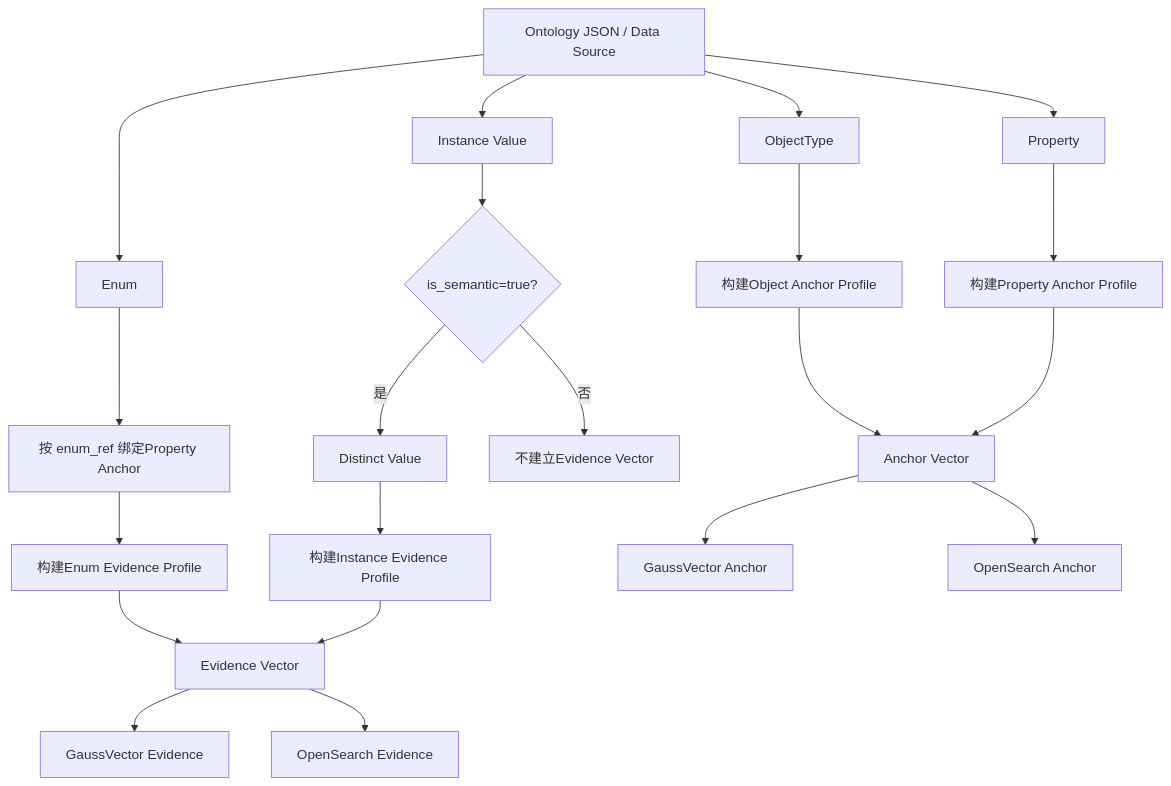
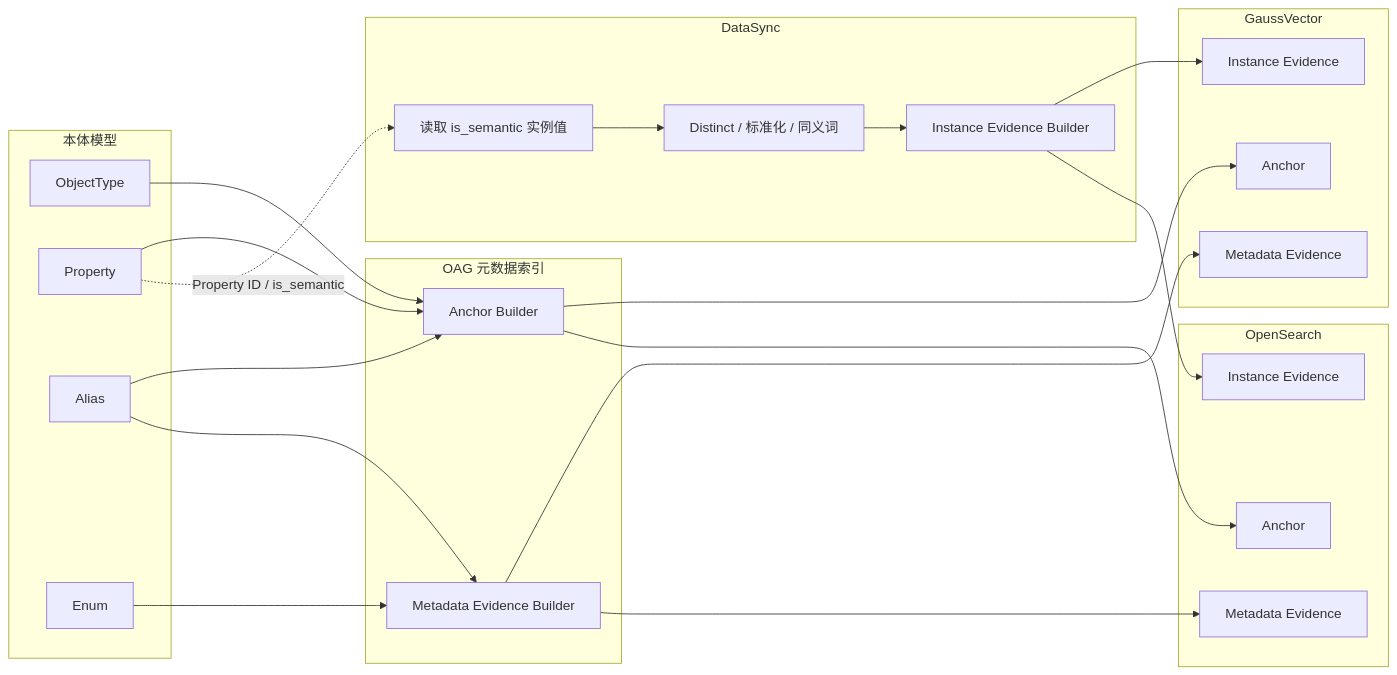
One commit to cfwl100/onology_dsl changed the first of 2 diagrams in docs/OAG本体锚点语义检索与向量索引设计方案.md. Above: the diagram before and after it, drawn with Mermaid. The commit also changed other lines of this file, not shown here.

````diff
--- a/docs/OAG本体锚点语义检索与向量索引设计方案.md
+++ b/docs/OAG本体锚点语义检索与向量索引设计方案.md
@@ -1182,30 +1990,52 @@
 ```mermaid
-flowchart TD
+flowchart LR
 
-SRC[Ontology JSON / Data Source]
-SRC --> OBJ[ObjectType]
-SRC --> PROP[Property]
-SRC --> ENUM[Enum]
-SRC --> INS[Instance Value]
+subgraph OMS[本体模型]
+OT[ObjectType]
+P[Property]
+A[Alias]
+E[Enum]
+end
 
-OBJ --> AP[构建Object Anchor Profile]
-PROP --> PP[构建Property Anchor Profile]
-AP --> AV[Anchor Vector]
-PP --> AV
+subgraph OAG[OAG 元数据索引]
+AB[Anchor Builder]
+MEB[Metadata Evidence Builder]
+end
 
-ENUM --> BIND[按 enum_ref 绑定Property Anchor]
-BIND --> EE[构建Enum Evidence Profile]
+subgraph DS[DataSync]
+IV[读取 is_semantic 实例值]
+DEDUP[Distinct / 标准化 / 同义词]
+IEB[Instance Evidence Builder]
+end
 
-INS --> SEM{is_semantic=true?}
-SEM -- 否 --> DROP[不建立Evidence Vector]
-SEM -- 是 --> DIST[Distinct Value]
-DIST --> IE[构建Instance Evidence Profile]
+subgraph GV[GaussVector]
+GA[Anchor]
+GM[Metadata Evidence]
+GI[Instance Evidence]
+end
 
-EE --> EV[Evidence Vector]
-IE --> EV
+subgraph OS[OpenSearch]
+OA[Anchor]
+OM[Metadata Evidence]
+OI[Instance Evidence]
+end
 
-AV --> GV1[GaussVector Anchor]
-AV --> ES1[OpenSearch Anchor]
-EV --> GV2[GaussVector Evidence]
-EV --> ES2[OpenSearch Evidence]
+OT --> AB
+P --> AB
+A --> AB
+
+A --> MEB
+E --> MEB
+
+AB --> GA
+AB --> OA
+MEB --> GM
+MEB --> OM
+
+IV --> DEDUP
+DEDUP --> IEB
+IEB --> GI
+IEB --> OI
+
+P -. Property ID / is_semantic .-> IV
 ```
````
